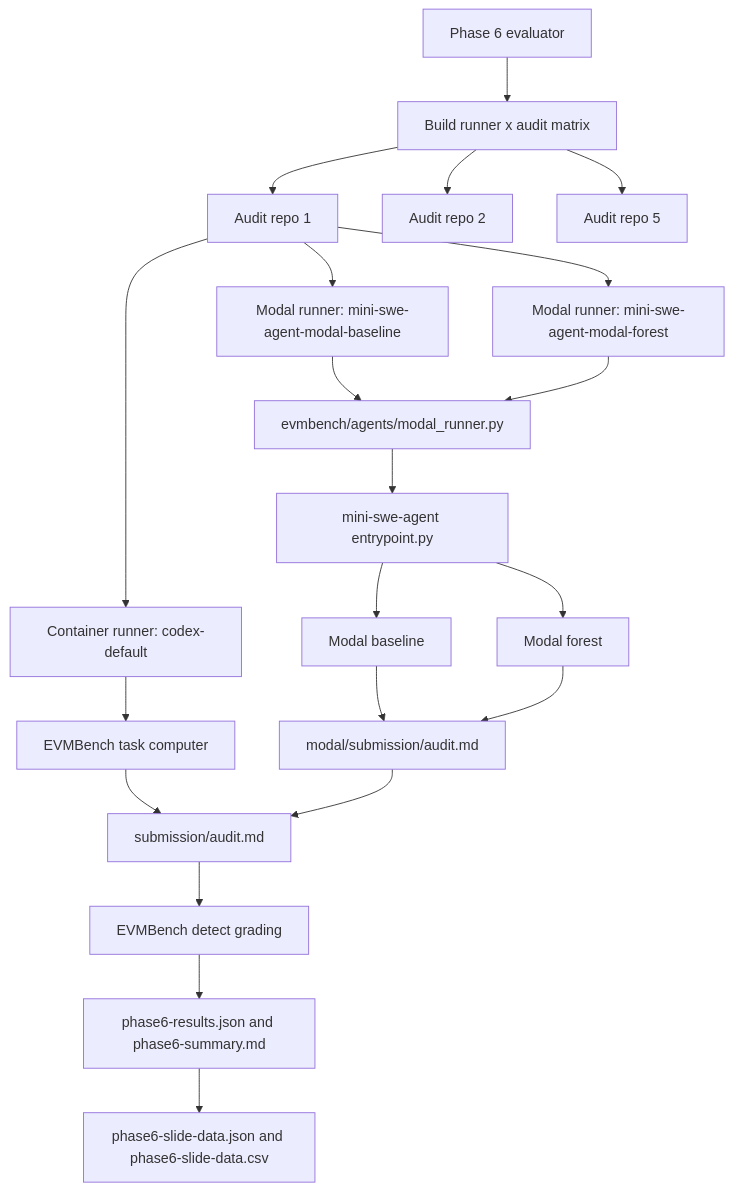
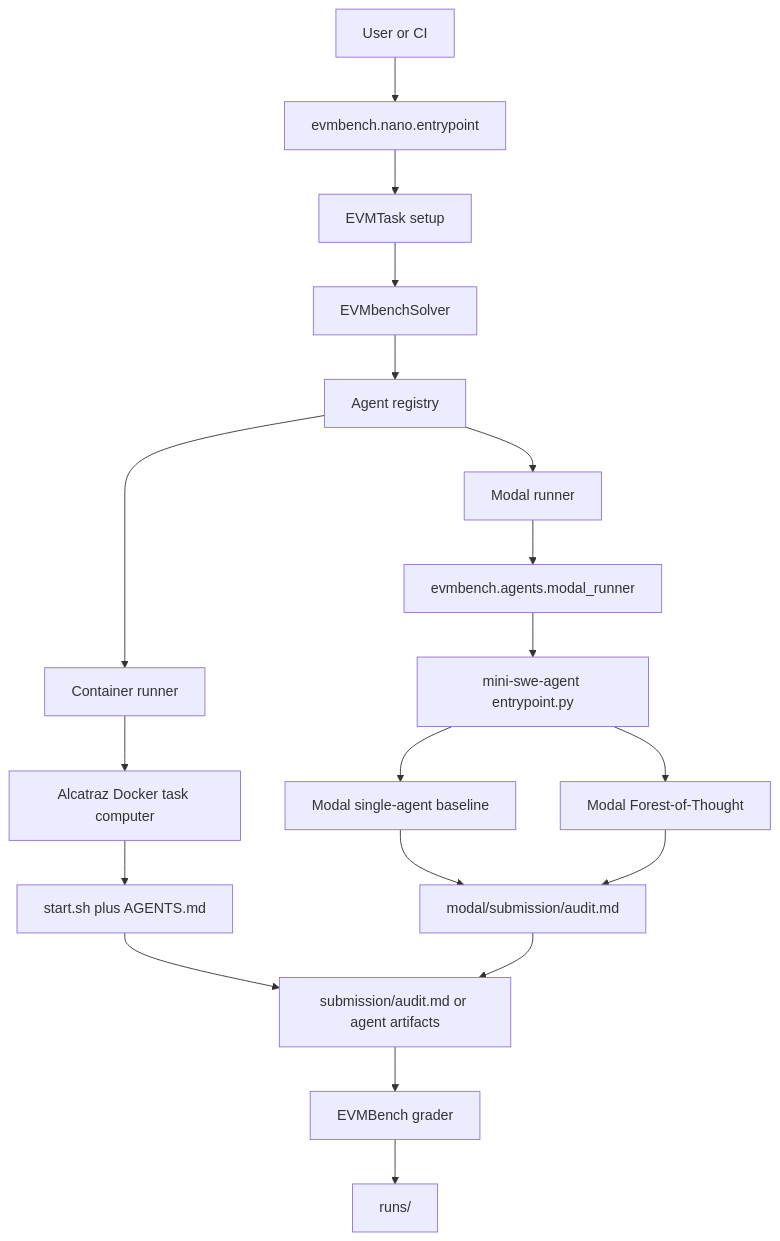
One commit to pranay5255/forestOfAudits changed the first of 4 diagrams in project/evmbench/README.md. Above: the diagram before and after it, drawn with Mermaid. The commit also changed other lines of this file, not shown here.

Commit message:
docs: rewrite EVMBench README

````diff
--- a/project/evmbench/README.md
+++ b/project/evmbench/README.md
@@ -201,28 +47,25 @@
 ```mermaid
 flowchart TD
-    Eval[Phase 6 evaluator] --> Matrix[Build runner x audit matrix]
-    Matrix --> AuditA[Audit repo 1]
-    Matrix --> AuditB[Audit repo 2]
-    Matrix --> AuditN[Audit repo 5]
+    User[User or CI] --> Entry[evmbench.nano.entrypoint]
+    Entry --> Task[EVMTask setup]
+    Task --> Solver[EVMbenchSolver]
 
-    AuditA --> Codex[Container runner: codex-default]
-    AuditA --> Baseline[Modal runner: mini-swe-agent-modal-baseline]
-    AuditA --> Forest[Modal runner: mini-swe-agent-modal-forest]
+    Solver --> AgentRegistry[Agent registry]
+    AgentRegistry --> ContainerAgent[Container runner]
+    AgentRegistry --> ModalAgent[Modal runner]
 
-    Codex --> Computer[EVMBench task computer]
-    Baseline --> ModalRunner[evmbench/agents/modal_runner.py]
-    Forest --> ModalRunner
+    ContainerAgent --> LocalComputer[Alcatraz Docker task computer]
+    LocalComputer --> StartSh[start.sh plus AGENTS.md]
+    StartSh --> SubmissionA[submission/audit.md or agent artifacts]
 
-    ModalRunner --> Entrypoint[mini-swe-agent entrypoint.py]
-    Entrypoint --> BaselineImpl[Modal baseline]
-    Entrypoint --> ForestImpl[Modal forest]
+    ModalAgent --> ModalRunner[evmbench.agents.modal_runner]
+    ModalRunner --> MiniEntrypoint[mini-swe-agent entrypoint.py]
+    MiniEntrypoint --> ModalBaseline[Modal single-agent baseline]
+    MiniEntrypoint --> ModalForest[Modal Forest-of-Thought]
+    ModalBaseline --> ModalSubmission[modal/submission/audit.md]
+    ModalForest --> ModalSubmission
+    ModalSubmission --> SubmissionA
 
-    Computer --> Submission[submission/audit.md]
-    BaselineImpl --> ModalSubmission[modal/submission/audit.md]
-    ForestImpl --> ModalSubmission
-    ModalSubmission --> Submission
-
-    Submission --> Grade[EVMBench detect grading]
-    Grade --> Results[phase6-results.json and phase6-summary.md]
-    Results --> Slides[phase6-slide-data.json and phase6-slide-data.csv]
+    SubmissionA --> Grader[EVMBench grader]
+    Grader --> RunLogs[runs/]
 ```
````
